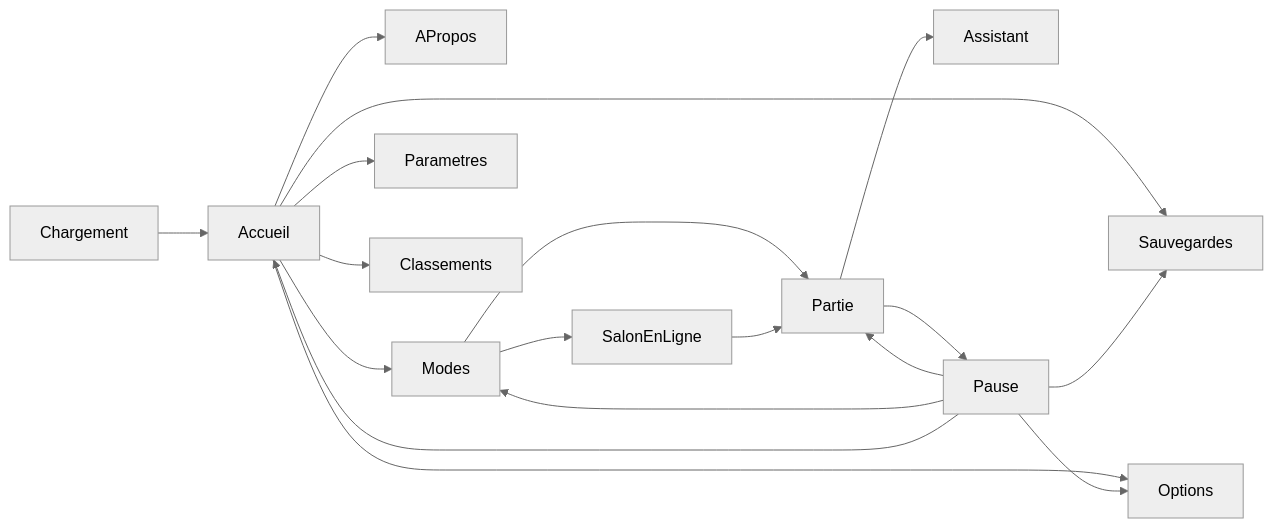
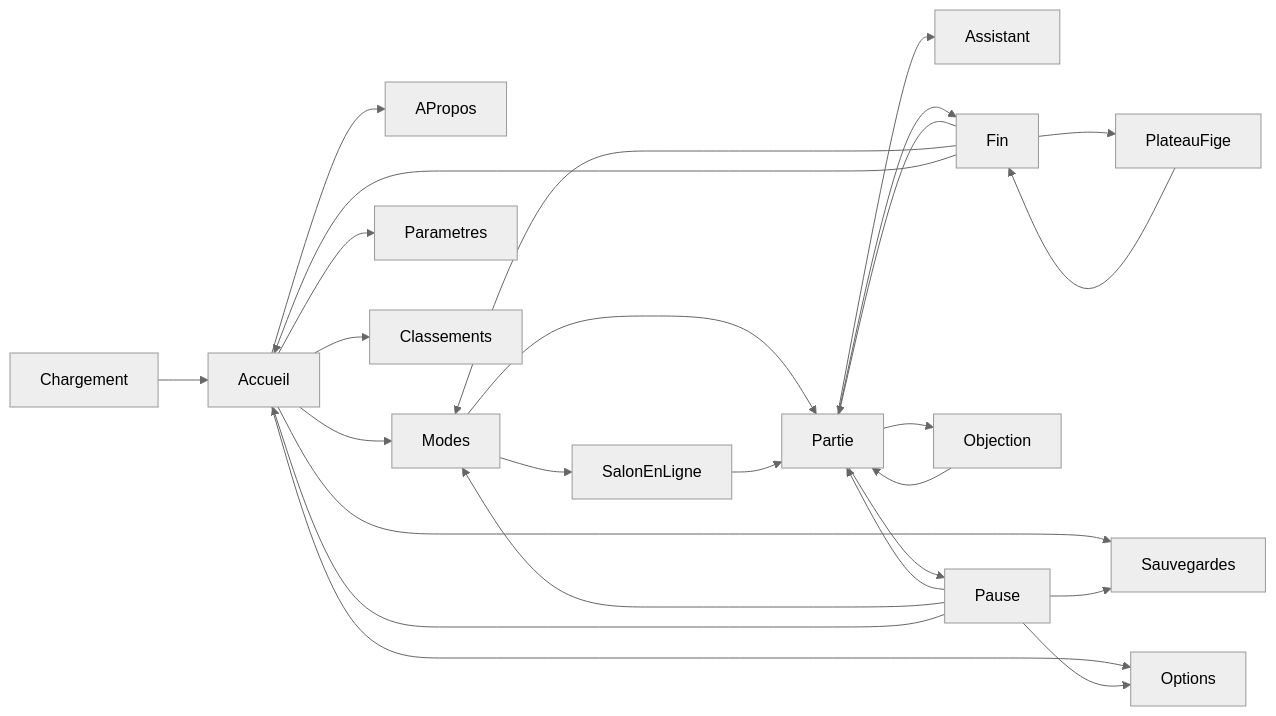
The diagram in docs/maquette-ui.md (naanouff/w3dts-chessmaster), drawn with Mermaid (neutral theme) before and after one commit. The commit also changed other lines of this file and 110 other files, not shown here.

````diff
--- a/docs/maquette-ui.md
+++ b/docs/maquette-ui.md
@@ -15,32 +15,43 @@
 ```mermaid
 flowchart LR
   chargement[Chargement]
   accueil[Accueil]
   propos[APropos]
   sauvegardes[Sauvegardes]
   modes[Modes]
   salon[SalonEnLigne]
   partie[Partie]
   assistant[Assistant]
   pause[Pause]
   options[Options]
   parametres[Parametres]
   classements[Classements]
+  objection[Objection]
+  fin[Fin]
+  plateau[PlateauFige]
   chargement --> accueil
   accueil --> modes
   accueil --> propos
   accueil --> sauvegardes
   accueil --> classements
   accueil --> options
   accueil --> parametres
   modes --> partie
   modes --> salon
   salon --> partie
   partie --> assistant
+  partie --> objection
+  objection --> partie
+  partie --> fin
+  fin --> plateau
+  plateau --> fin
+  fin --> partie
+  fin --> modes
+  fin --> accueil
   partie --> pause
   pause --> partie
   pause --> sauvegardes
   pause --> modes
   pause --> options
   pause --> accueil
 ```
````
